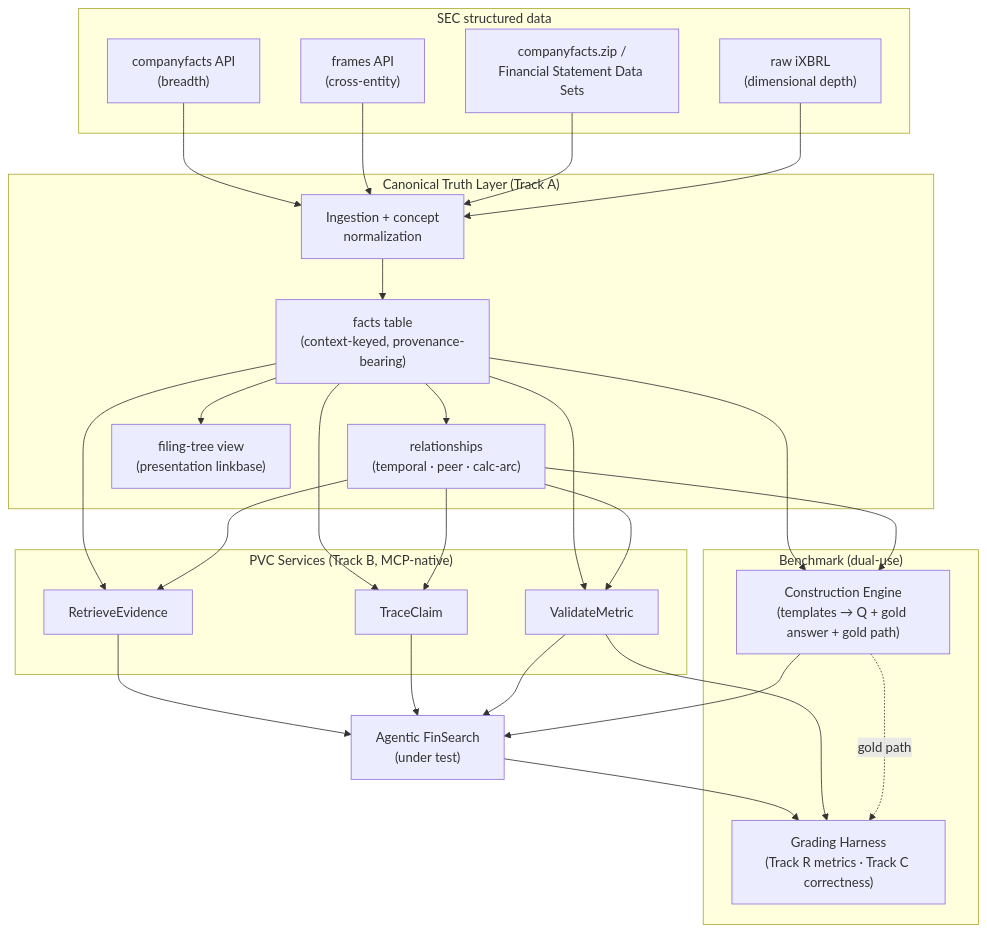
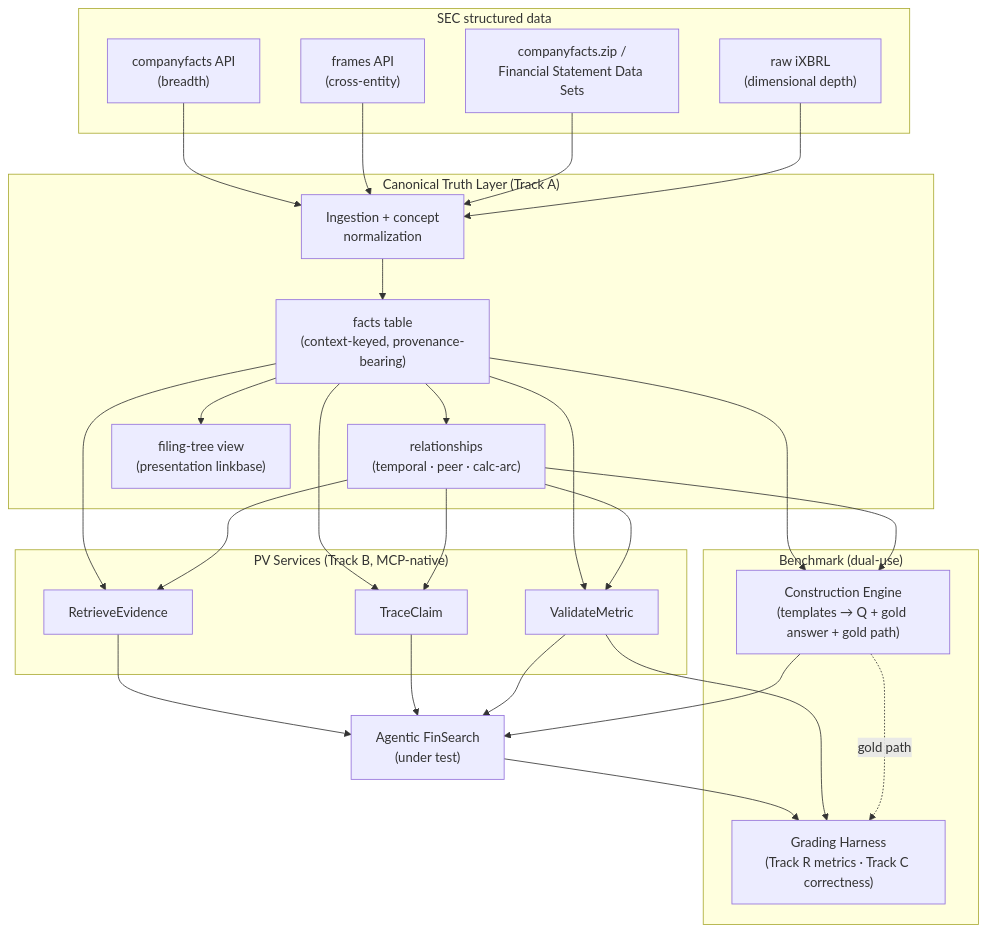
One commit to Open-Finance-Lab/Agentic-FinSearch changed the diagram in Docs/superpowers/specs/2026-05-26-xbrl-truth-benchmark-bridge-design.md. Above: the diagram before and after it, drawn with Mermaid. The commit also changed other lines of this file and 2 other files, not shown here.

First line of the commit message:
docs(spec): rename PVC → PV services (drop Compliance, deferred)

````diff
--- a/Docs/superpowers/specs/2026-05-26-xbrl-truth-benchmark-bridge-design.md
+++ b/Docs/superpowers/specs/2026-05-26-xbrl-truth-benchmark-bridge-design.md
@@ -90,39 +90,39 @@
 ```mermaid
 flowchart TB
     subgraph SEC["SEC structured data"]
         CF["companyfacts API\n(breadth)"]
         FR["frames API\n(cross-entity)"]
         BULK["companyfacts.zip /\nFinancial Statement Data Sets"]
         IX["raw iXBRL\n(dimensional depth)"]
     end
 
     subgraph CTL["Canonical Truth Layer (Track A)"]
         ING["Ingestion + concept\nnormalization"]
         FACTS["facts table\n(context-keyed, provenance-bearing)"]
         REL["relationships\n(temporal · peer · calc-arc)"]
         TREE["filing-tree view\n(presentation linkbase)"]
     end
 
-    subgraph PVC["PVC Services (Track B, MCP-native)"]
+    subgraph PV["PV Services (Track B, MCP-native)"]
         RE["RetrieveEvidence"]
         TC["TraceClaim"]
         VM["ValidateMetric"]
     end
 
     subgraph BENCH["Benchmark (dual-use)"]
         GEN["Construction Engine\n(templates → Q + gold answer + gold path)"]
         GRADE["Grading Harness\n(Track R metrics · Track C correctness)"]
     end
 
     AGENT["Agentic FinSearch\n(under test)"]
 
     CF & FR & BULK & IX --> ING --> FACTS
     FACTS --> REL & TREE
     FACTS & REL --> RE & TC & VM
     RE & TC & VM --> AGENT
     FACTS & REL --> GEN
     GEN --> AGENT
     AGENT --> GRADE
     VM --> GRADE
     GEN -. gold path .-> GRADE
 ```
````
